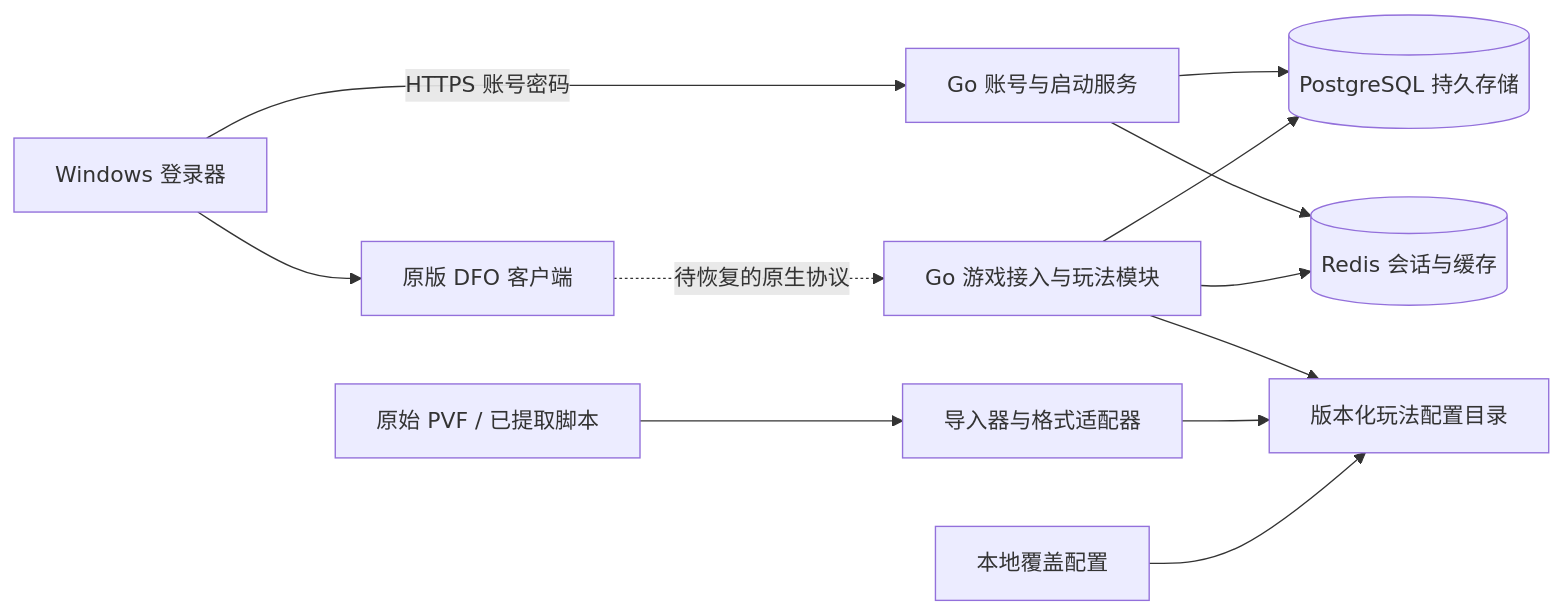
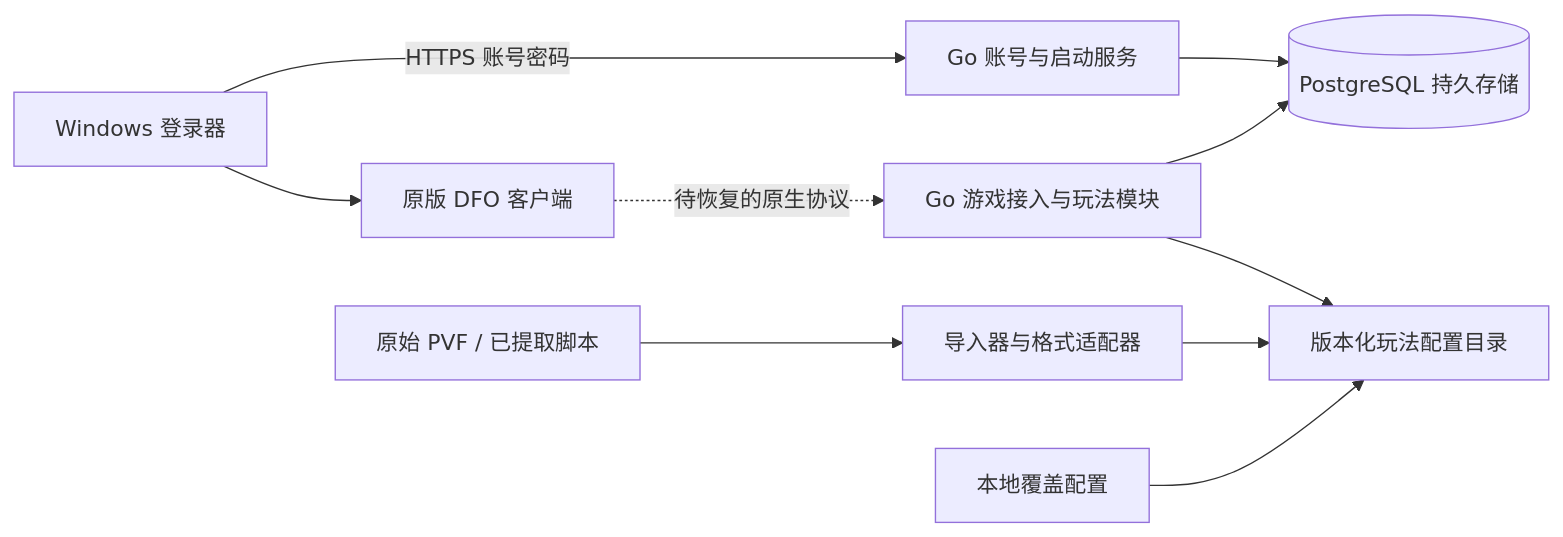
Before and after one commit to KinkOwO/115: the diagram in server/work/dfo-lan/docs/architecture.md, drawn with Mermaid. The commit also changed other lines of this file and 107 other files, not shown here.

````diff
--- a/server/work/dfo-lan/docs/architecture.md
+++ b/server/work/dfo-lan/docs/architecture.md
@@ -5,14 +5,12 @@
 ```mermaid
 flowchart LR
     L[Windows 登录器] -->|HTTPS 账号密码| A[Go 账号与启动服务]
     A --> P[(PostgreSQL 持久存储)]
-    A --> R[(Redis 会话与缓存)]
     L --> C[原版 DFO 客户端]
     C -.待恢复的原生协议.-> G[Go 游戏接入与玩法模块]
     G --> P
-    G --> R
     G --> D[版本化玩法配置目录]
     V[原始 PVF / 已提取脚本] --> I[导入器与格式适配器]
     I --> D
     O[本地覆盖配置] --> D
 ```
````
